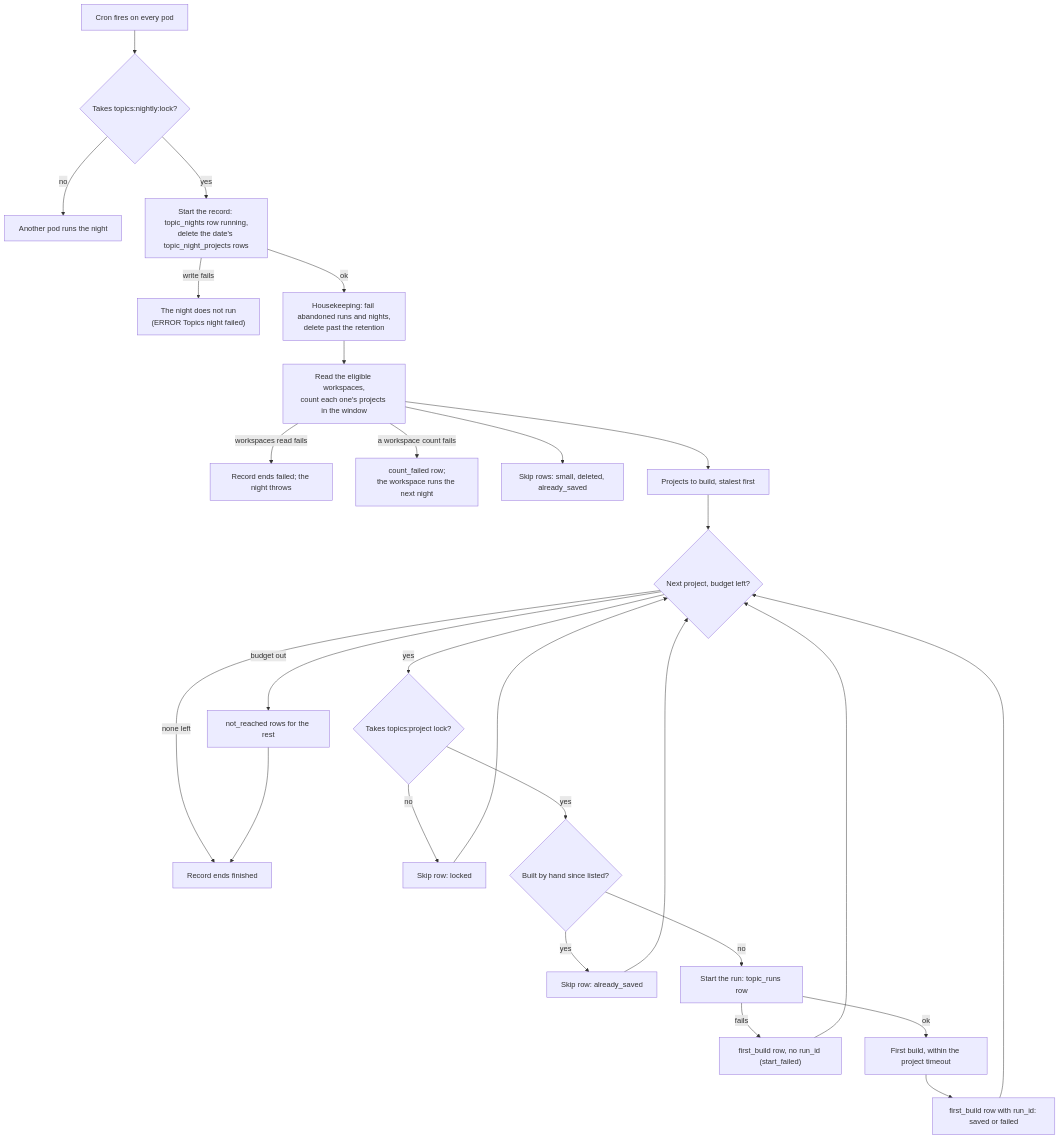
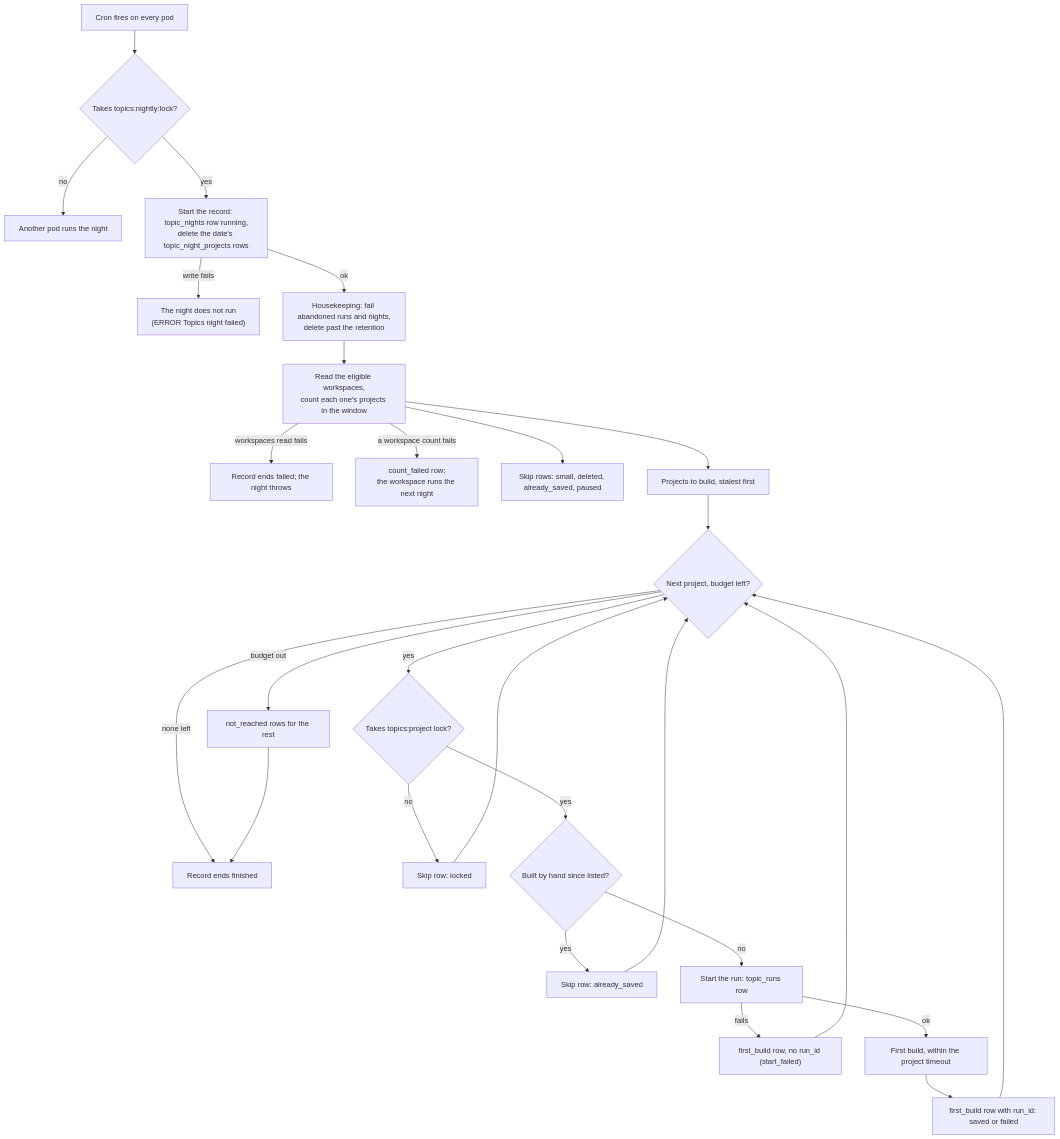
Before and after one commit to comet-ml/opik: the diagram in apps/opik-backend/docs/ai-labels-runbook.md, drawn with Mermaid. The commit also changed other lines of this file and 6 other files, not shown here.

````diff
--- a/apps/opik-backend/docs/ai-labels-runbook.md
+++ b/apps/opik-backend/docs/ai-labels-runbook.md
@@ -351,29 +351,29 @@
 ```mermaid
 flowchart TD
     A["Cron fires on every pod"] --> B{"Takes topics:nightly:lock?"}
     B -->|no| B1["Another pod runs the night"]
     B -->|yes| C["Start the record: topic_nights row running,<br/>delete the date's topic_night_projects rows"]
     C -->|write fails| C1["The night does not run<br/>(ERROR Topics night failed)"]
     C -->|ok| D["Housekeeping: fail abandoned runs and nights,<br/>delete past the retention"]
     D --> E["Read the eligible workspaces,<br/>count each one's projects in the window"]
     E -->|workspaces read fails| E1["Record ends failed; the night throws"]
     E -->|a workspace count fails| E2["count_failed row;<br/>the workspace runs the next night"]
-    E --> F["Skip rows: small, deleted, already_saved"]
+    E --> F["Skip rows: small, deleted, already_saved, paused"]
     E --> G["Projects to build, stalest first"]
     G --> H{"Next project, budget left?"}
     H -->|budget out| H1["not_reached rows for the rest"]
     H -->|none left| M["Record ends finished"]
     H1 --> M
     H -->|yes| I{"Takes topics:project lock?"}
     I -->|no| I1["Skip row: locked"]
     I -->|yes| I2{"Built by hand since listed?"}
     I2 -->|yes| I3["Skip row: already_saved"]
     I2 -->|no| J["Start the run: topic_runs row"]
     J -->|fails| J1["first_build row, no run_id (start_failed)"]
     J -->|ok| K["First build, within the project timeout"]
     K --> L["first_build row with run_id: saved or failed"]
     L --> H
     I1 --> H
     I3 --> H
     J1 --> H
 ```
````
